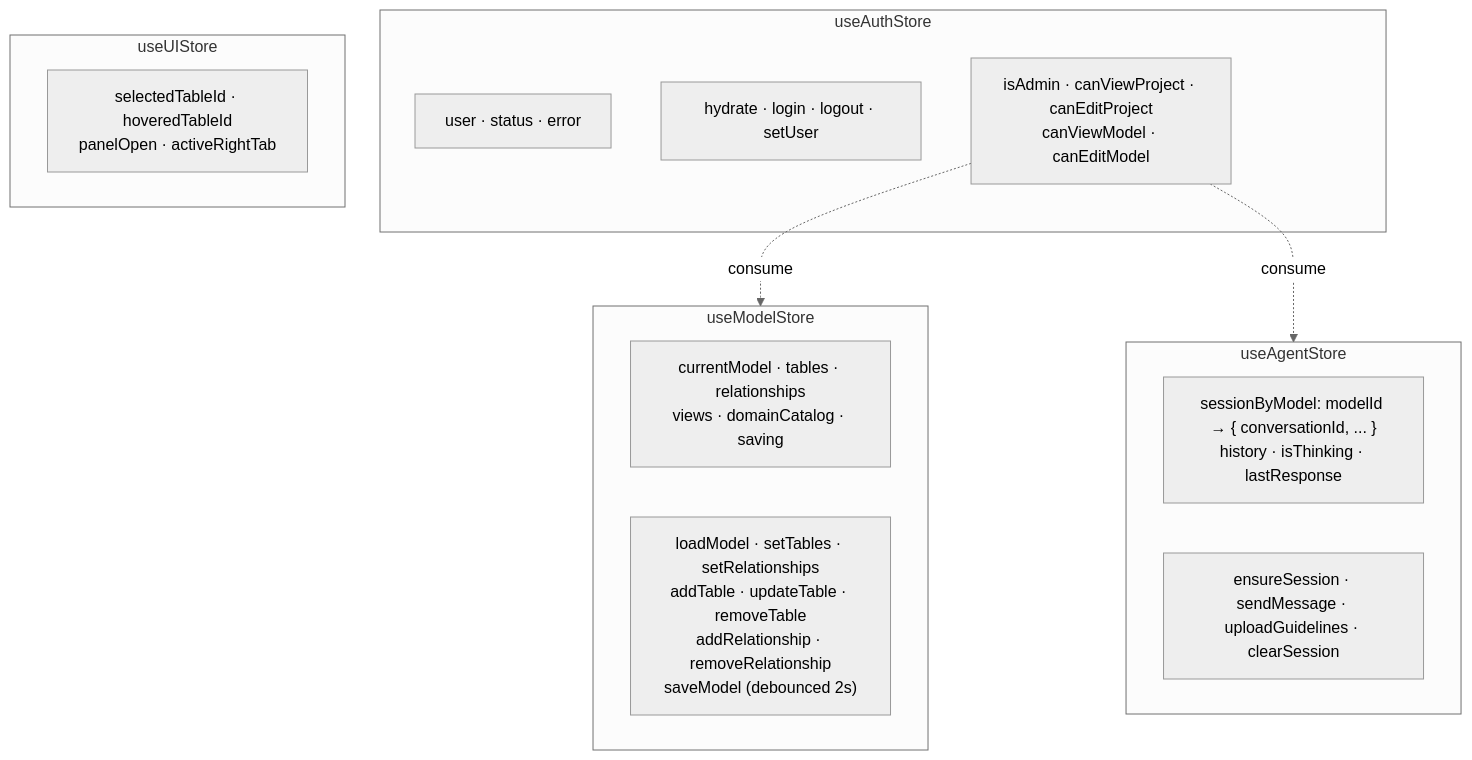
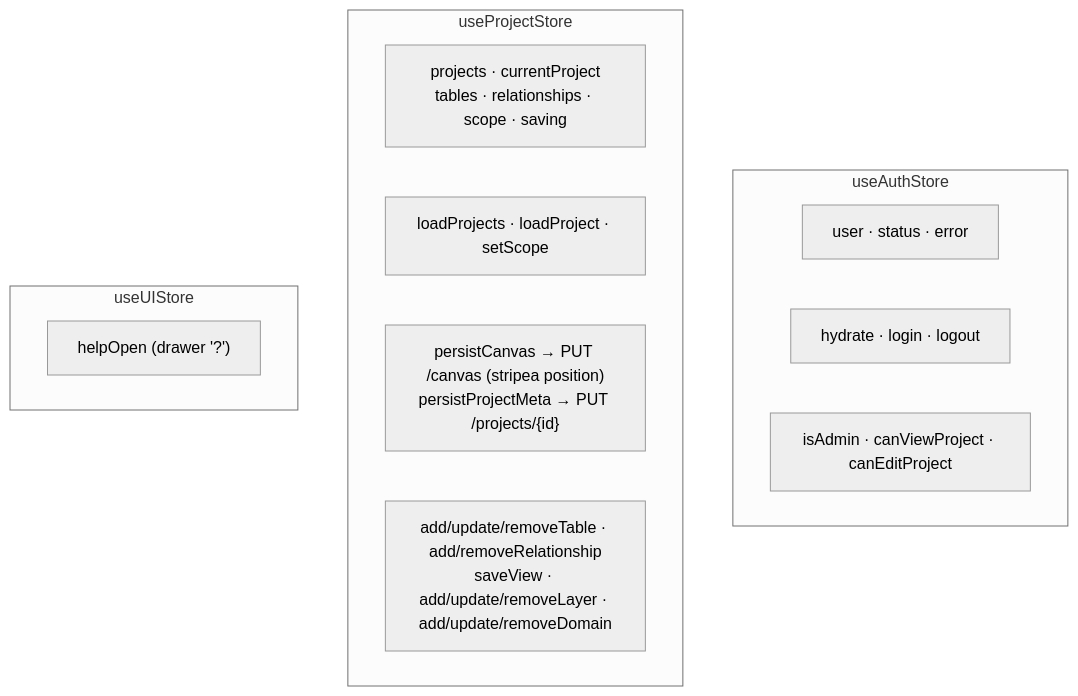
One commit to Carlosmps97/web-data-model-hub changed the second of 3 diagrams in doc/architecture.md. Above: the diagram before and after it, drawn with Mermaid (neutral theme). The commit also changed other lines of this file and 118 other files, not shown here.

````diff
--- a/doc/architecture.md
+++ b/doc/architecture.md
@@ -158,25 +136,17 @@
 ```mermaid
 graph TB
     subgraph AUTH["useAuthStore"]
-        AU_ST["user · status · error"]
-        AU_AC["hydrate · login · logout · setUser"]
-        AU_HE["isAdmin · canViewProject · canEditProject<br/>canViewModel · canEditModel"]
+        A1["user · status · error"]
+        A2["hydrate · login · logout"]
+        A3["isAdmin · canViewProject · canEditProject"]
     end
-
-    subgraph MODEL["useModelStore"]
-        MO_ST["currentModel · tables · relationships<br/>views · domainCatalog · saving"]
-        MO_AC["loadModel · setTables · setRelationships<br/>addTable · updateTable · removeTable<br/>addRelationship · removeRelationship<br/>saveModel (debounced 2s)"]
+    subgraph PROJ["useProjectStore"]
+        P1["projects · currentProject<br/>tables · relationships · scope · saving"]
+        P2["loadProjects · loadProject · setScope"]
+        P3["persistCanvas → PUT /canvas (stripea position)<br/>persistProjectMeta → PUT /projects/{id}"]
+        P4["add/update/removeTable · add/removeRelationship<br/>saveView · add/update/removeLayer · add/update/removeDomain"]
     end
-
     subgraph UI["useUIStore"]
-        UI_ST["selectedTableId · hoveredTableId<br/>panelOpen · activeRightTab"]
+        U1["helpOpen (drawer '?')"]
     end
-
-    subgraph AGENT["useAgentStore"]
-        AG_ST["sessionByModel: modelId → { conversationId, ... }<br/>history · isThinking · lastResponse"]
-        AG_AC["ensureSession · sendMessage · uploadGuidelines · clearSession"]
-    end
-
-    AU_HE -. consume .-> MODEL
-    AU_HE -. consume .-> AGENT
 ```
````
